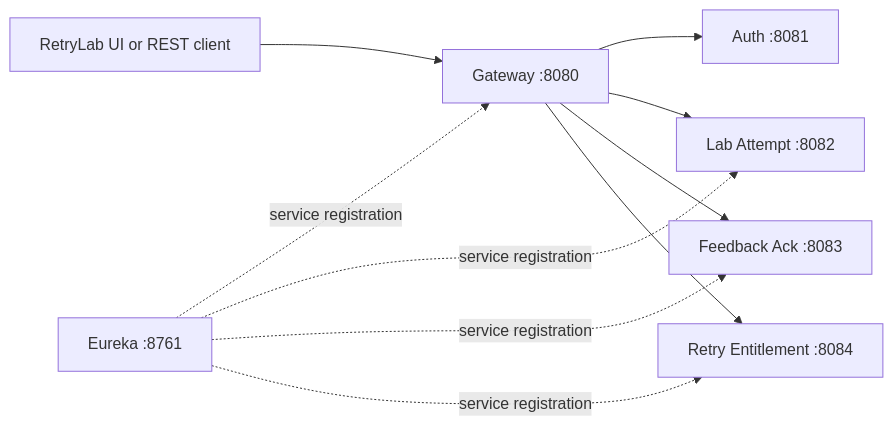
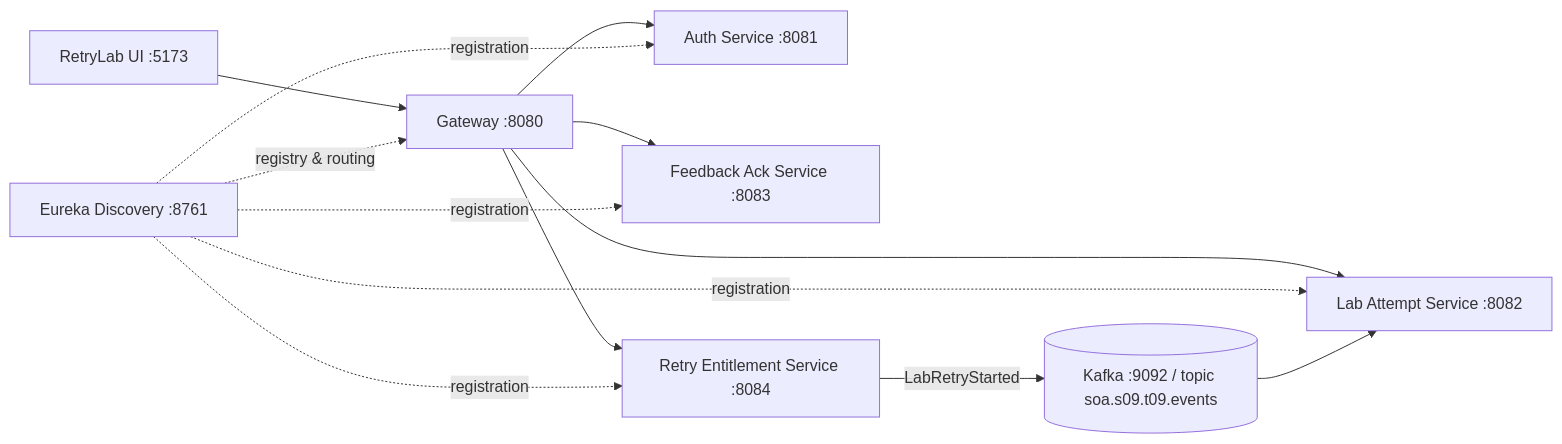
The diagram in README.md (Aditya-Vardh/soa-hackathon), drawn with Mermaid before and after one commit. The commit also changed other lines of this file and 3345 other files, not shown here.

````diff
--- a/README.md
+++ b/README.md
@@ -97,12 +26,15 @@
 ```mermaid
 flowchart LR
-  UI[RetryLab UI or REST client] --> G[Gateway :8080]
-  G --> A[Auth :8081]
-  G --> L[Lab Attempt :8082]
-  G --> F[Feedback Ack :8083]
-  G --> E[Retry Entitlement :8084]
-  D[Eureka :8761] -. service registration .-> G
-  D -. service registration .-> L
-  D -. service registration .-> F
-  D -. service registration .-> E
+  UI[RetryLab UI :5173] --> G[Gateway :8080]
+  G --> A[Auth Service :8081]
+  G --> L[Lab Attempt Service :8082]
+  G --> F[Feedback Ack Service :8083]
+  G --> E[Retry Entitlement Service :8084]
+  D[Eureka Discovery :8761] -. registry & routing .-> G
+  D -. registration .-> A
+  D -. registration .-> L
+  D -. registration .-> F
+  D -. registration .-> E
+  E -- LabRetryStarted --> K[(Kafka :9092 / topic soa.s09.t09.events)]
+  K --> L
 ```
````
